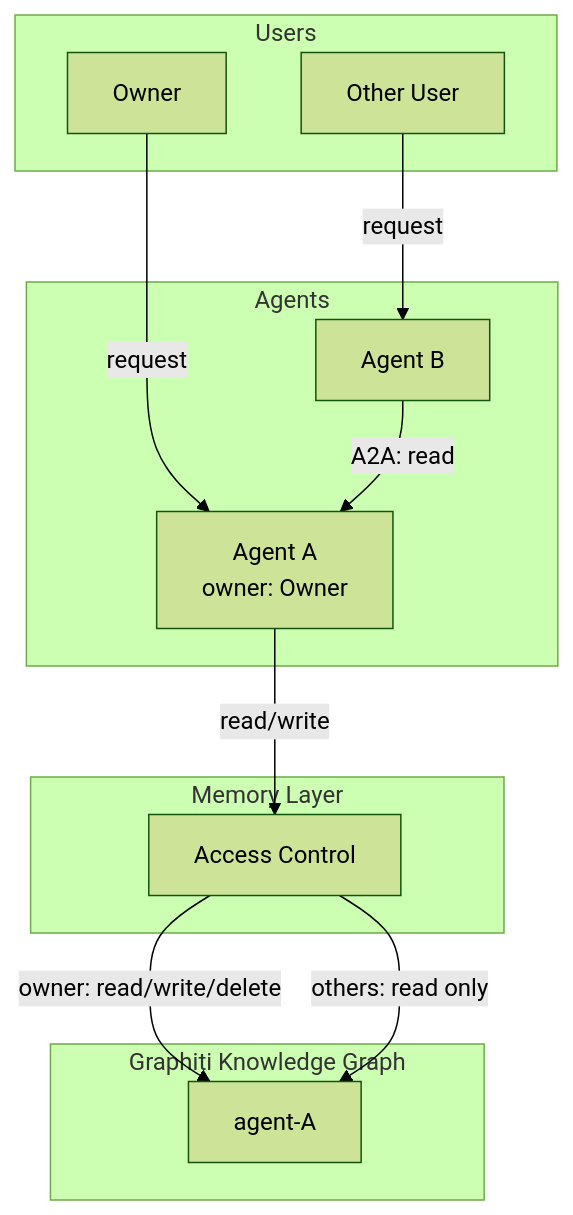
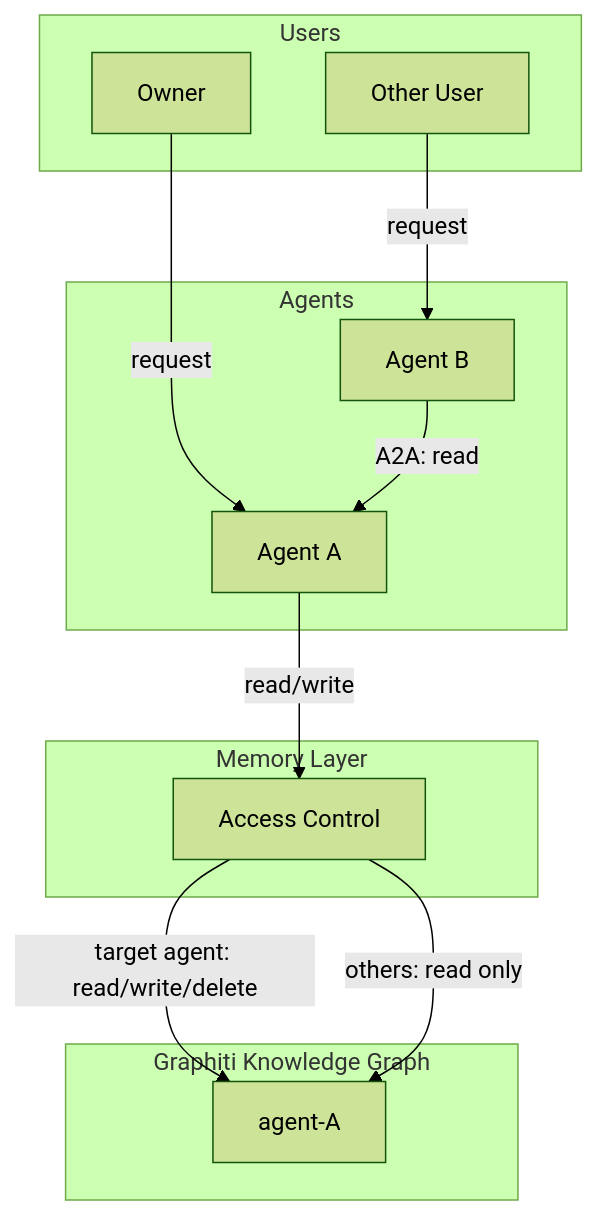
Before and after one commit to lunarr-ai/a4s: the first of 3 diagrams in docs/memory.md, drawn with Mermaid (forest theme). The commit also changed other lines of this file and 4 other files, not shown here.

Commit message:
rename `owner_id` to `target_agent_id` and leave comments

````diff
--- a/docs/memory.md
+++ b/docs/memory.md
@@ -9,29 +9,29 @@
 ```mermaid
 flowchart TB
     subgraph Users
         Owner[Owner]
         Other[Other User]
     end
 
     subgraph Agents
-        AgentA[Agent A<br/>owner: Owner]
+        AgentA[Agent A]
         AgentB[Agent B]
     end
 
     subgraph "Memory Layer"
         AC[Access Control]
     end
 
     subgraph "Graphiti Knowledge Graph"
         Memory["agent-A"]
     end
 
     Owner -->|"request"| AgentA
     Other -->|"request"| AgentB
     AgentB -->|"A2A: read"| AgentA
 
     AgentA -->|"read/write"| AC
 
-    AC -->|"owner: read/write/delete"| Memory
+    AC -->|"target agent: read/write/delete"| Memory
     AC -->|"others: read only"| Memory
 ```
````
